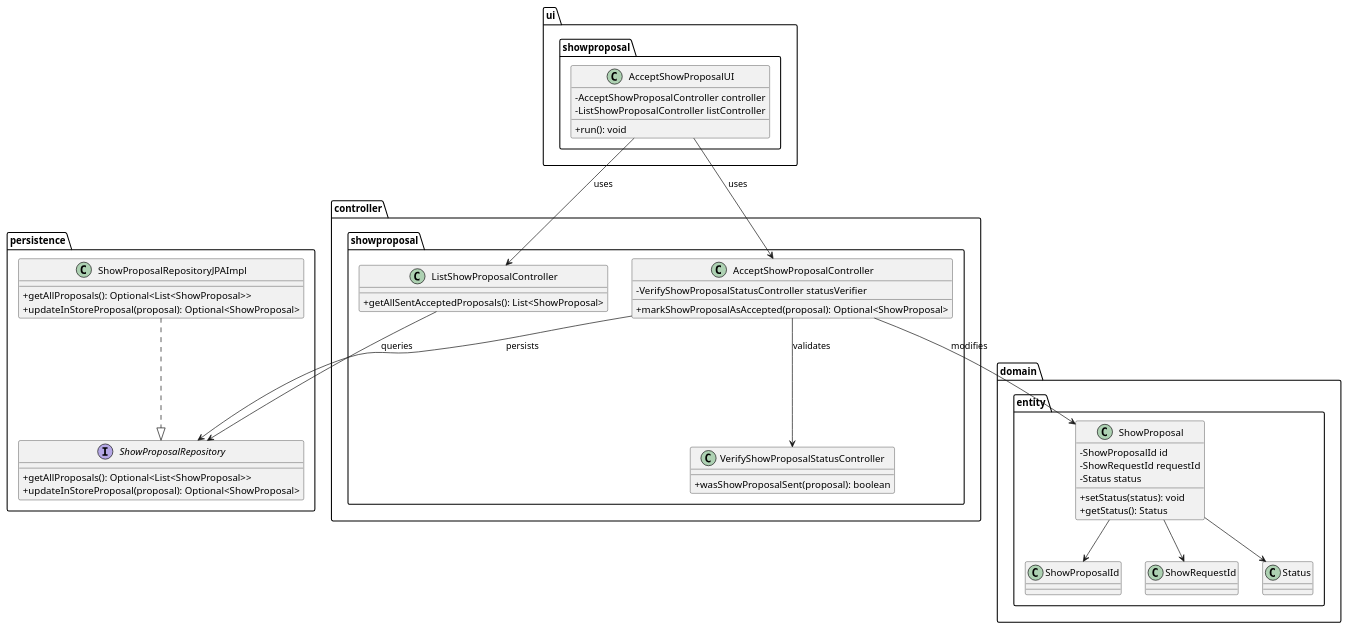
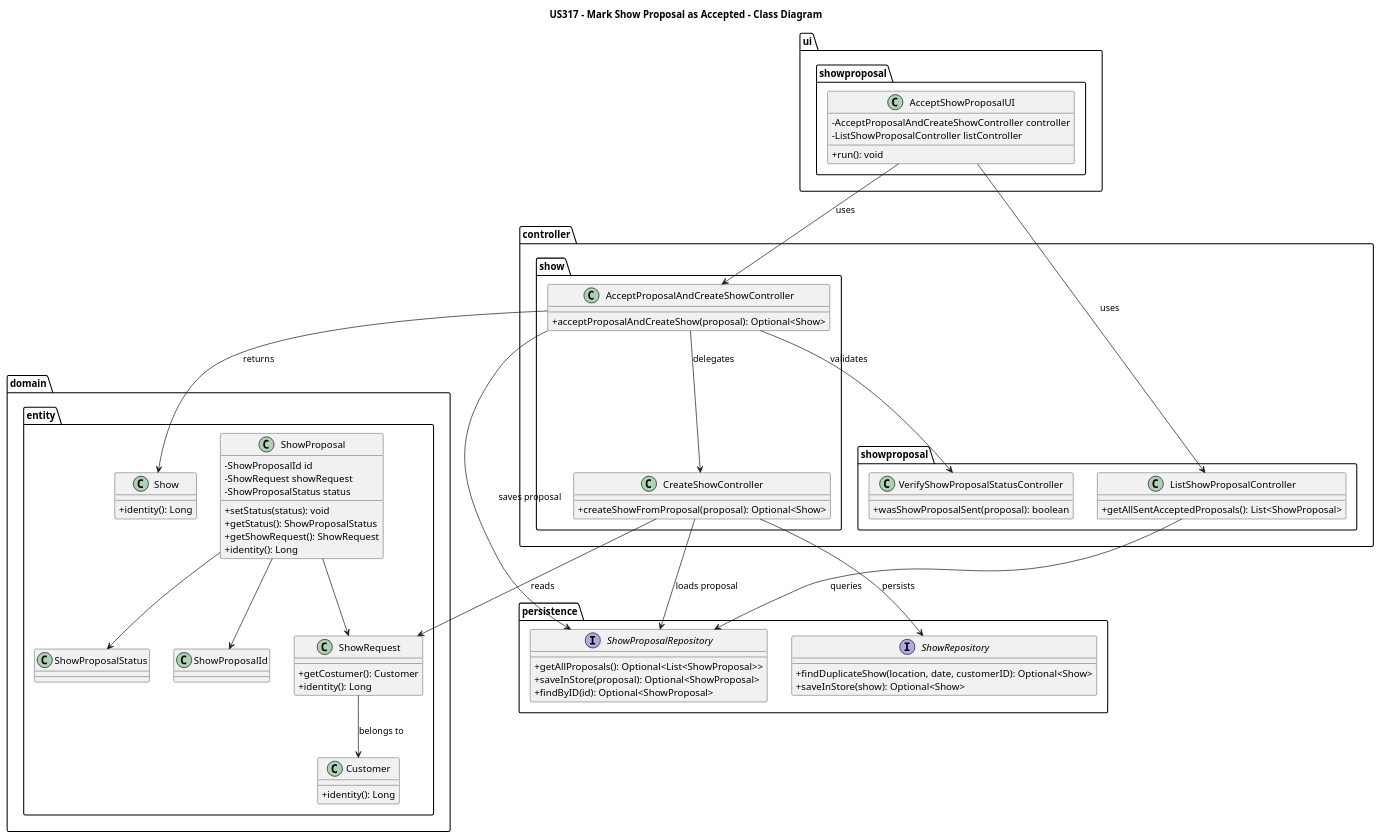
Before and after one commit to SAEmanuel/Shodrone_ISEP: the diagram in docs/planning/sprint3/EAPLI/US317 - Mark show proposal as accepted/03.design/puml/class_diagram.puml, drawn with PlantUML. The commit also changed 42 other files, not shown here.

```diff
--- a/docs/planning/sprint3/EAPLI/US317 - Mark show proposal as accepted/03.design/puml/class_diagram.puml
+++ b/docs/planning/sprint3/EAPLI/US317 - Mark show proposal as accepted/03.design/puml/class_diagram.puml
@@ -1,64 +1,94 @@
 @startuml
 skinparam classAttributeIconSize 0
+
+title US317 - Mark Show Proposal as Accepted - Class Diagram
 
 package "domain.entity" {
     class ShowProposal {
         - ShowProposalId id
-        - ShowRequestId requestId
-        - Status status
+        - ShowRequest showRequest
+        - ShowProposalStatus status
         + setStatus(status): void
-        + getStatus(): Status
+        + getStatus(): ShowProposalStatus
+        + getShowRequest(): ShowRequest
+        + identity(): Long
     }
 
+    class Show {
+        + identity(): Long
+    }
+
+    class ShowRequest {
+        + getCostumer(): Customer
+        + identity(): Long
+    }
+
+    class Customer {
+        + identity(): Long
+    }
+
+    class ShowProposalStatus
     class ShowProposalId
-    class ShowRequestId
-    class Status
+}
+
+package "controller.show" {
+    class AcceptProposalAndCreateShowController {
+        + acceptProposalAndCreateShow(proposal): Optional<Show>
+    }
+
+    class CreateShowController {
+        + createShowFromProposal(proposal): Optional<Show>
+    }
 }
 
 package "controller.showproposal" {
-    class AcceptShowProposalController {
-        - VerifyShowProposalStatusController statusVerifier
-        + markShowProposalAsAccepted(proposal): Optional<ShowProposal>
+    class ListShowProposalController {
+        + getAllSentAcceptedProposals(): List<ShowProposal>
     }
 
     class VerifyShowProposalStatusController {
         + wasShowProposalSent(proposal): boolean
-    }
-
-    class ListShowProposalController {
-        + getAllSentAcceptedProposals(): List<ShowProposal>
     }
 }
 
 package "persistence" {
     interface ShowProposalRepository {
         + getAllProposals(): Optional<List<ShowProposal>>
-        + updateInStoreProposal(proposal): Optional<ShowProposal>
+        + saveInStore(proposal): Optional<ShowProposal>
+        + findByID(id): Optional<ShowProposal>
     }
 
-    class ShowProposalRepositoryJPAImpl {
-        + getAllProposals(): Optional<List<ShowProposal>>
-        + updateInStoreProposal(proposal): Optional<ShowProposal>
+    interface ShowRepository {
+        + findDuplicateShow(location, date, customerID): Optional<Show>
+        + saveInStore(show): Optional<Show>
     }
-
-    ShowProposalRepositoryJPAImpl ..|> ShowProposalRepository
 }
 
 package "ui.showproposal" {
     class AcceptShowProposalUI {
-        - AcceptShowProposalController controller
+        - AcceptProposalAndCreateShowController controller
         - ListShowProposalController listController
         + run(): void
     }
 }
 
-AcceptShowProposalController --> ShowProposal : modifies
-AcceptShowProposalController --> ShowProposalRepository : persists
-AcceptShowProposalController --> VerifyShowProposalStatusController : validates
-AcceptShowProposalUI --> AcceptShowProposalController : uses
+' Associations
+AcceptProposalAndCreateShowController --> VerifyShowProposalStatusController : validates
+AcceptProposalAndCreateShowController --> CreateShowController : delegates
+AcceptProposalAndCreateShowController --> ShowProposalRepository : saves proposal
+AcceptProposalAndCreateShowController --> Show : returns
+
+CreateShowController --> ShowRepository : persists
+CreateShowController --> ShowProposalRepository : loads proposal
+CreateShowController --> ShowRequest : reads
+ShowRequest --> Customer : belongs to
+
+AcceptShowProposalUI --> AcceptProposalAndCreateShowController : uses
 AcceptShowProposalUI --> ListShowProposalController : uses
 ListShowProposalController --> ShowProposalRepository : queries
+
 ShowProposal --> ShowProposalId
-ShowProposal --> ShowRequestId
-ShowProposal --> Status
+ShowProposal --> ShowProposalStatus
+ShowProposal --> ShowRequest
+
 @enduml
```
